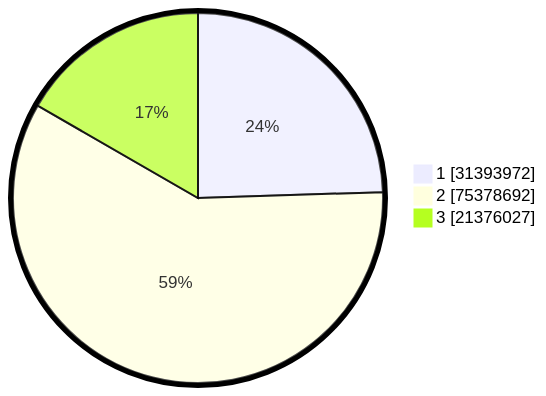
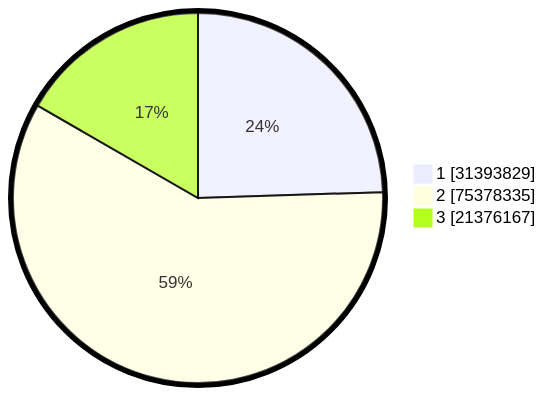
Before and after one commit to gigit-pemilu/pemilu-2024: the second of 2 diagrams in pilpres/hitung-suara/README.md, drawn with Mermaid. The commit also changed other lines of this file and 6 other files, not shown here.

````diff
--- a/pilpres/hitung-suara/README.md
+++ b/pilpres/hitung-suara/README.md
@@ -93,7 +93,7 @@
 ```mermaid
 %%{init: {"pie": {"textPosition": 0.5}, "themeVariables": {"pieOuterStrokeWidth": "5px"}} }%%
 pie showData
-    "1" : 31393972
-    "2" : 75378692
-    "3" : 21376027
+    "1" : 31393829
+    "2" : 75378335
+    "3" : 21376167
 ```
````
